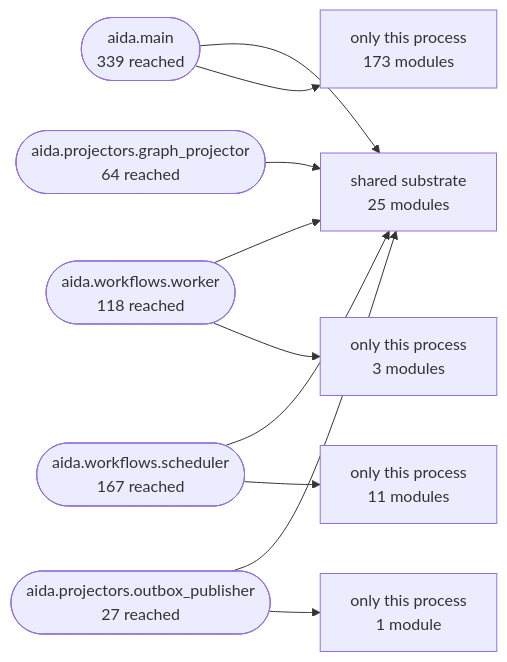
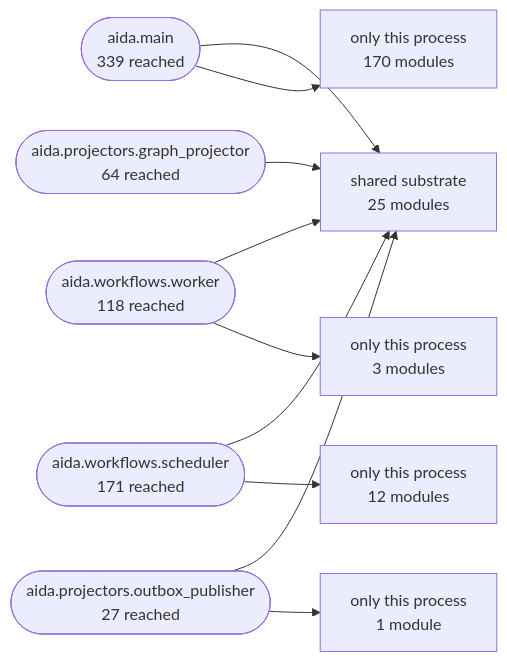
Before and after one commit to karuppusamym/AIDataAnalyst: the second of 3 diagrams in Docs/10-architecture/14-generated-architecture-map.md, drawn with Mermaid. The commit also changed other lines of this file and 22 other files, not shown here.

````diff
--- a/Docs/10-architecture/14-generated-architecture-map.md
+++ b/Docs/10-architecture/14-generated-architecture-map.md
@@ -172,22 +173,22 @@
 ```mermaid
 graph LR
   shared["shared substrate<br/>25 modules"]
   aida_main(["aida.main<br/>339 reached"])
   aida_workflows_worker(["aida.workflows.worker<br/>118 reached"])
-  aida_workflows_scheduler(["aida.workflows.scheduler<br/>167 reached"])
+  aida_workflows_scheduler(["aida.workflows.scheduler<br/>171 reached"])
   aida_projectors_graph_projector(["aida.projectors.graph_projector<br/>64 reached"])
   aida_projectors_outbox_publisher(["aida.projectors.outbox_publisher<br/>27 reached"])
   aida_main --> shared
-  only_aida_main["only this process<br/>173 modules"]
+  only_aida_main["only this process<br/>170 modules"]
   aida_main --> only_aida_main
   aida_workflows_worker --> shared
   only_aida_workflows_worker["only this process<br/>3 modules"]
   aida_workflows_worker --> only_aida_workflows_worker
   aida_workflows_scheduler --> shared
-  only_aida_workflows_scheduler["only this process<br/>11 modules"]
+  only_aida_workflows_scheduler["only this process<br/>12 modules"]
   aida_workflows_scheduler --> only_aida_workflows_scheduler
   aida_projectors_graph_projector --> shared
   aida_projectors_outbox_publisher --> shared
   only_aida_projectors_outbox_publisher["only this process<br/>1 module"]
   aida_projectors_outbox_publisher --> only_aida_projectors_outbox_publisher
 ```
````
